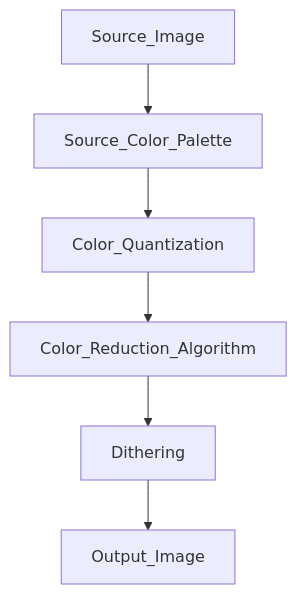
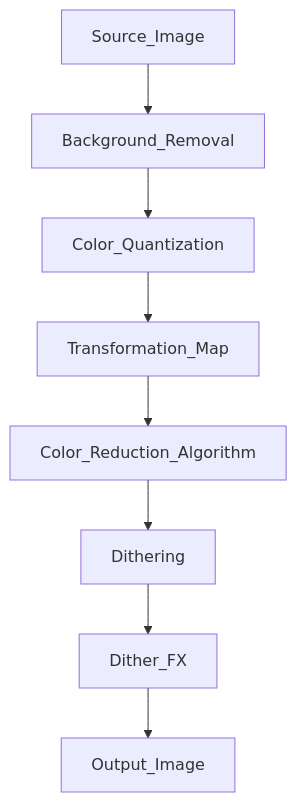
The diagram in README.md (zioben/ColourClashNet), drawn with Mermaid before and after one commit. The commit also changed other lines of this file and 114 other files, not shown here.

````diff
--- a/README.md
+++ b/README.md
@@ -21,8 +61,10 @@
 ```mermaid
 graph TD;
-    Source_Image-->Source_Color_Palette;
-    Source_Color_Palette-->Color_Quantization;
-    Color_Quantization-->Color_Reduction_Algorithm;
+    Source_Image-->Background_Removal;
+    Background_Removal-->Color_Quantization;
+    Color_Quantization-->Transformation_Map;
+    Transformation_Map-->Color_Reduction_Algorithm;
     Color_Reduction_Algorithm-->Dithering;
-    Dithering-->Output_Image;
+    Dithering-->Dither_FX;
+    Dither_FX-->Output_Image;
 ```
````
